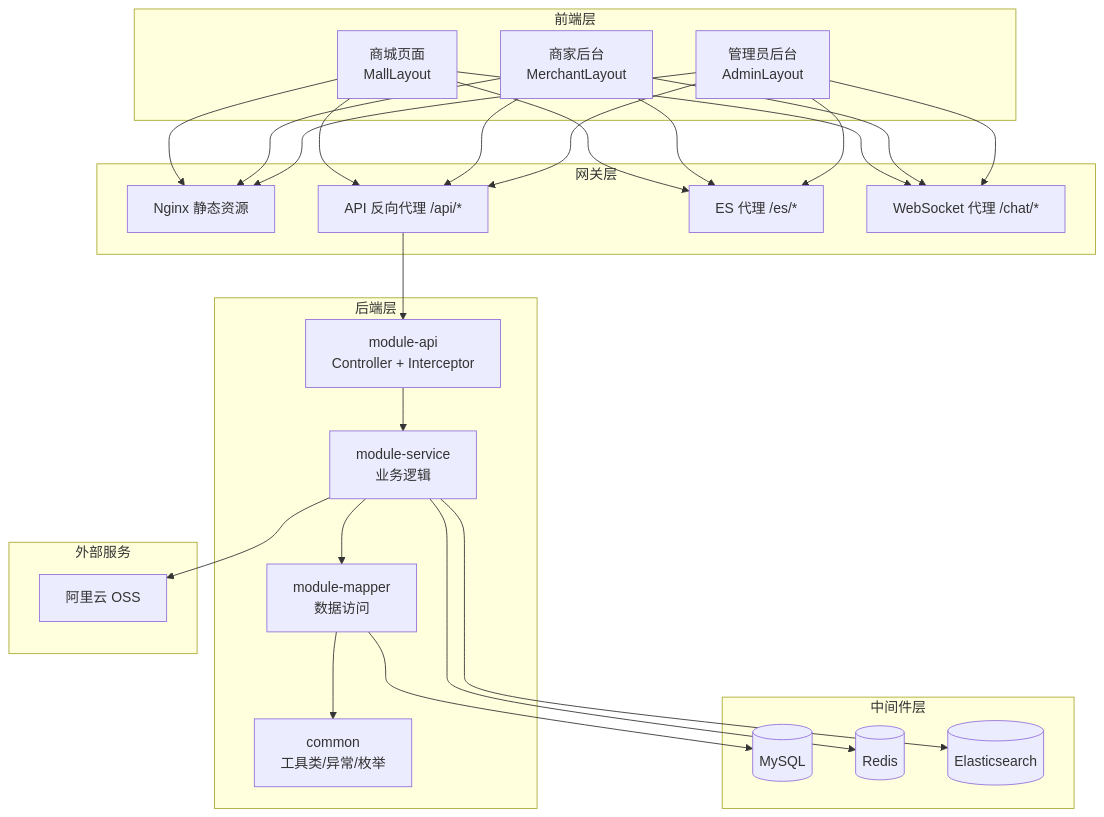
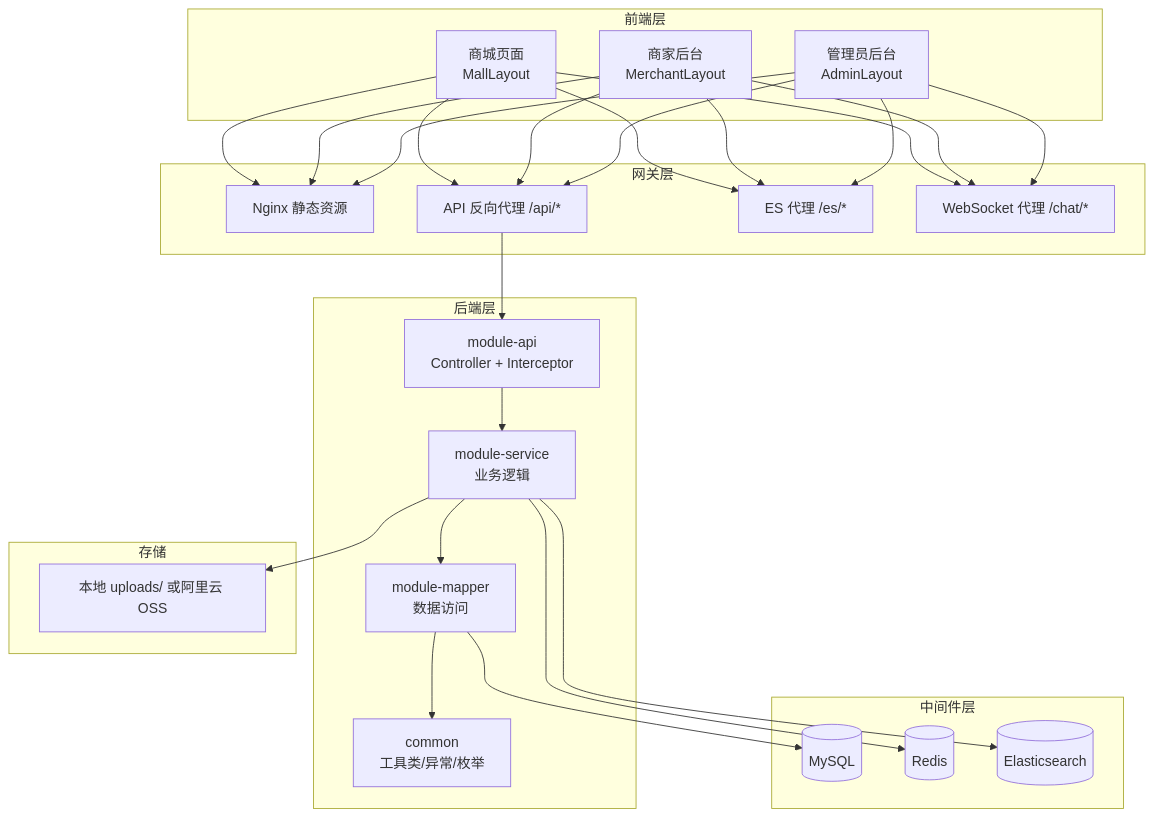
Before and after one commit to KIM406-CMD/chrono: the first of 4 diagrams in docs/zh/server-design.md, drawn with Mermaid. The commit also changed other lines of this file and 15 other files, not shown here.

````diff
--- a/docs/zh/server-design.md
+++ b/docs/zh/server-design.md
@@ -739,39 +730,39 @@
 ```mermaid
 graph TB
     subgraph "前端层"
         A1["商城页面<br/>MallLayout"]
         A2["商家后台<br/>MerchantLayout"]
         A3["管理员后台<br/>AdminLayout"]
     end
 
     subgraph "网关层"
         B1["Nginx 静态资源"]
         B2["API 反向代理 /api/*"]
         B3["ES 代理 /es/*"]
         B4["WebSocket 代理 /chat/*"]
     end
 
     subgraph "后端层"
         C1["module-api<br/>Controller + Interceptor"]
         C2["module-service<br/>业务逻辑"]
         C3["module-mapper<br/>数据访问"]
         C4["common<br/>工具类/异常/枚举"]
     end
 
     subgraph "中间件层"
         D1[("MySQL")]
         D2[("Redis")]
         D3[("Elasticsearch")]
     end
 
-    subgraph "外部服务"
-        E1["阿里云 OSS"]
+    subgraph "存储"
+        E1["本地 uploads/ 或阿里云 OSS"]
     end
 
     A1 & A2 & A3 --> B1 & B2 & B3 & B4
     B2 --> C1
     C1 --> C2 --> C3 --> C4
     C3 --> D1
     C2 --> D2 & D3
     C2 --> E1
 ```
````
